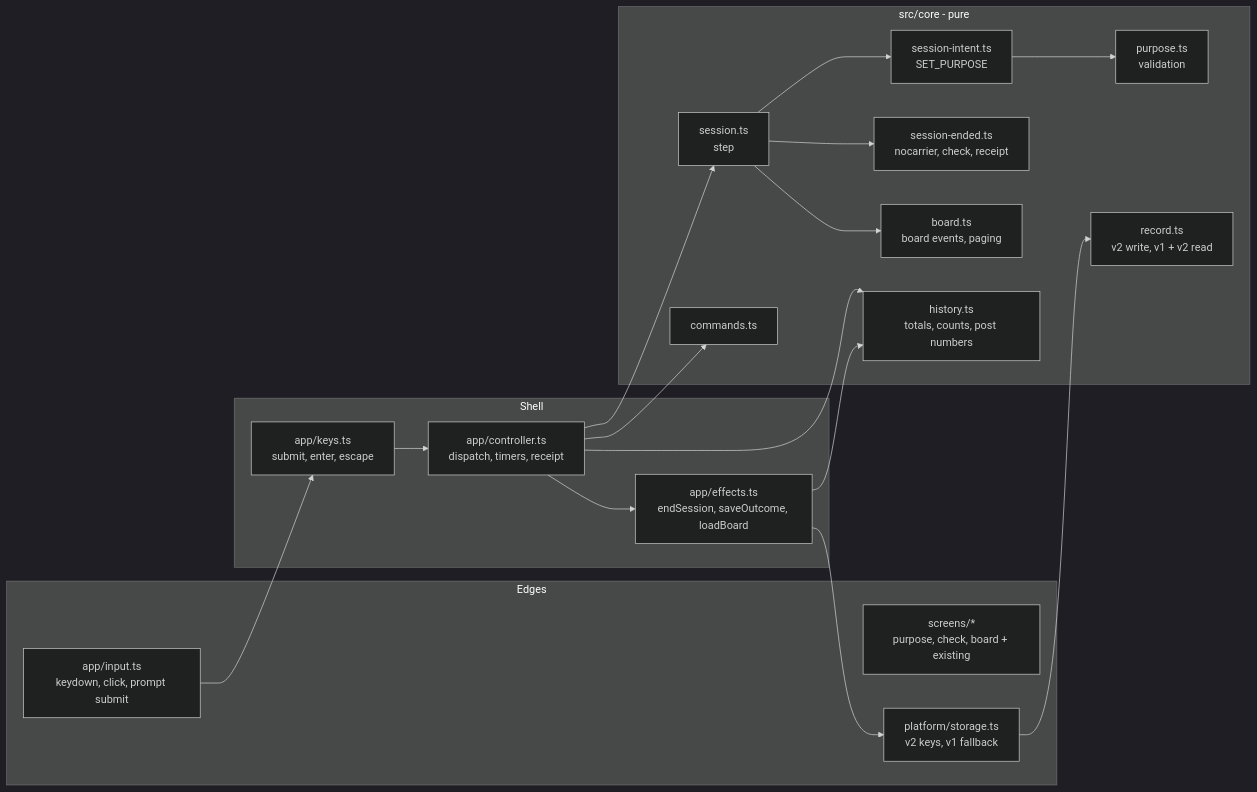
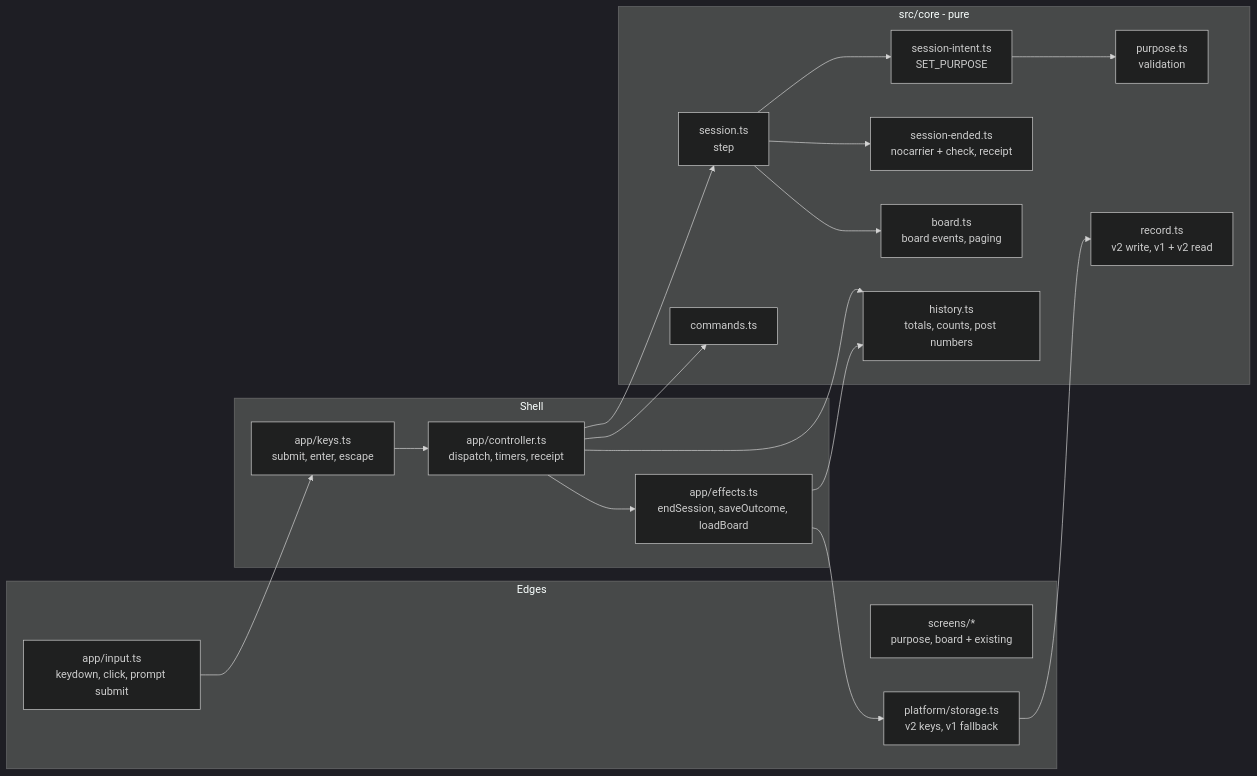
One commit to jasonethicseo/blueline changed the first of 2 diagrams in .kiro/specs/blueline-purpose-board/design.md. Above: the diagram before and after it, drawn with Mermaid (dark theme). The commit also changed other lines of this file and 2 other files, not shown here.

Commit message:
Purpose-board spec: merge the Purpose check into the NO CARRIER screen

````diff
--- a/.kiro/specs/blueline-purpose-board/design.md
+++ b/.kiro/specs/blueline-purpose-board/design.md
@@ -53,31 +53,31 @@
 ```mermaid
 flowchart LR
   subgraph Edges
     IN[app/input.ts<br/>keydown, click, prompt submit]
-    SCR[screens/*<br/>purpose, check, board + existing]
+    SCR[screens/*<br/>purpose, board + existing]
     PLAT[platform/storage.ts<br/>v2 keys, v1 fallback]
   end
   subgraph Shell
     CTRL[app/controller.ts<br/>dispatch, timers, receipt]
     KEYS[app/keys.ts<br/>submit, enter, escape]
     FX[app/effects.ts<br/>endSession, saveOutcome, loadBoard]
   end
   subgraph Core [src/core - pure]
     SES[session.ts<br/>step]
     INT[session-intent.ts<br/>SET_PURPOSE]
-    END[session-ended.ts<br/>nocarrier, check, receipt]
+    END[session-ended.ts<br/>nocarrier + check, receipt]
     BRD[board.ts<br/>board events, paging]
     PUR[purpose.ts<br/>validation]
     REC[record.ts<br/>v2 write, v1 + v2 read]
     HIS[history.ts<br/>totals, counts, post numbers]
     CMD[commands.ts]
   end
   IN --> KEYS --> CTRL
   CTRL --> SES
   SES --> INT & END & BRD
   INT --> PUR
   CTRL --> FX --> PLAT
   FX --> HIS
   PLAT --> REC
   CTRL --> HIS & CMD
 ```
````
